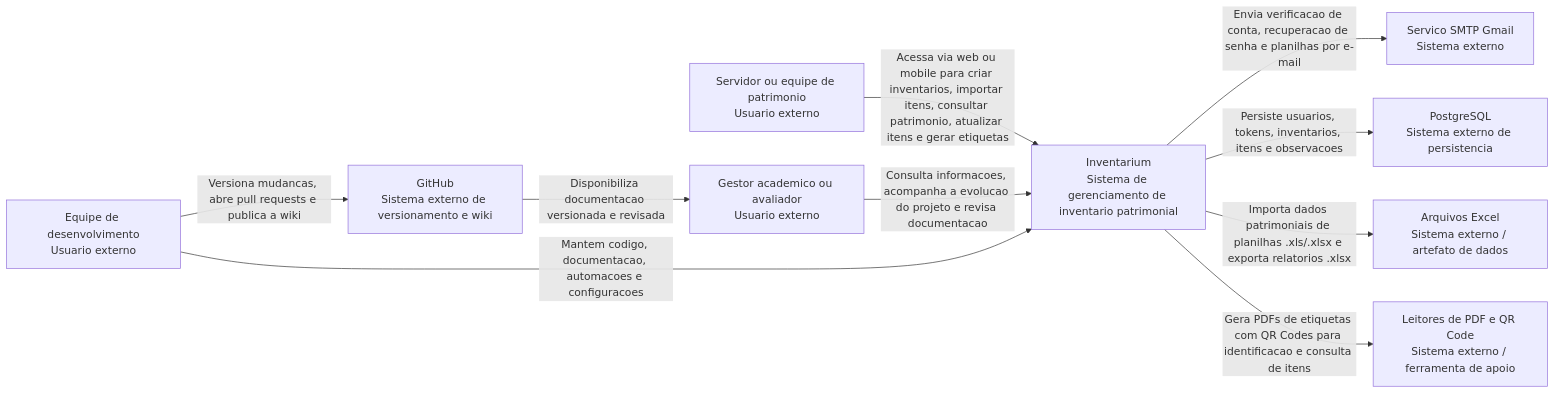
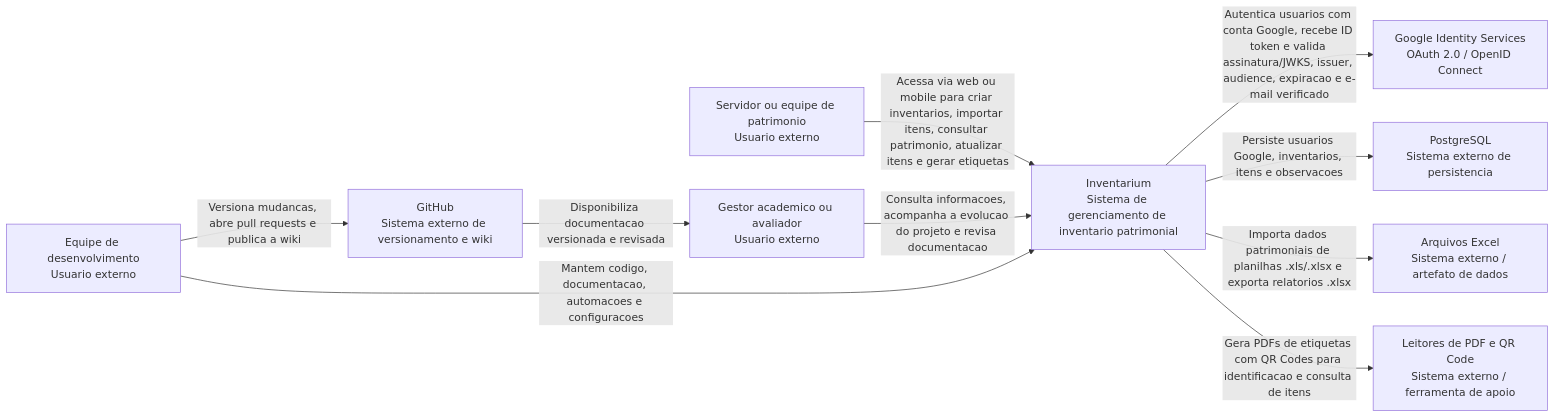
Before and after one commit to ifpebj-ti/inventario-patrimonio-cces: the diagram in docs/wiki/C4-Contexto.md, drawn with Mermaid. The commit also changed other lines of this file and 4 other files, not shown here.

Commit message:
docs(architecture): document application components

````diff
--- a/docs/wiki/C4-Contexto.md
+++ b/docs/wiki/C4-Contexto.md
@@ -11,25 +11,25 @@
 ```mermaid
 flowchart LR
     servidor["Servidor ou equipe de patrimonio<br/>Usuario externo"]
     gestor["Gestor academico ou avaliador<br/>Usuario externo"]
     dev["Equipe de desenvolvimento<br/>Usuario externo"]
 
     inventarium["Inventarium<br/>Sistema de gerenciamento de inventario patrimonial"]
 
-    email["Servico SMTP Gmail<br/>Sistema externo"]
+    google["Google Identity Services<br/>OAuth 2.0 / OpenID Connect"]
     postgres["PostgreSQL<br/>Sistema externo de persistencia"]
     planilhas["Arquivos Excel<br/>Sistema externo / artefato de dados"]
     pdf["Leitores de PDF e QR Code<br/>Sistema externo / ferramenta de apoio"]
     github["GitHub<br/>Sistema externo de versionamento e wiki"]
 
     servidor -->|"Acessa via web ou mobile para criar inventarios, importar itens, consultar patrimonio, atualizar itens e gerar etiquetas"| inventarium
     gestor -->|"Consulta informacoes, acompanha a evolucao do projeto e revisa documentacao"| inventarium
     dev -->|"Mantem codigo, documentacao, automacoes e configuracoes"| inventarium
 
-    inventarium -->|"Envia verificacao de conta, recuperacao de senha e planilhas por e-mail"| email
-    inventarium -->|"Persiste usuarios, tokens, inventarios, itens e observacoes"| postgres
+    inventarium -->|"Autentica usuarios com conta Google, recebe ID token e valida assinatura/JWKS, issuer, audience, expiracao e e-mail verificado"| google
+    inventarium -->|"Persiste usuarios Google, inventarios, itens e observacoes"| postgres
     inventarium -->|"Importa dados patrimoniais de planilhas .xls/.xlsx e exporta relatorios .xlsx"| planilhas
     inventarium -->|"Gera PDFs de etiquetas com QR Codes para identificacao e consulta de itens"| pdf
     dev -->|"Versiona mudancas, abre pull requests e publica a wiki"| github
     github -->|"Disponibiliza documentacao versionada e revisada"| gestor
 ```
````
